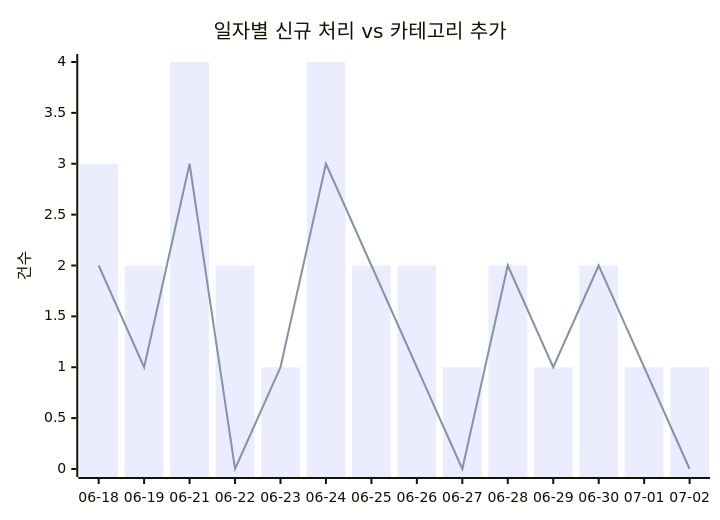
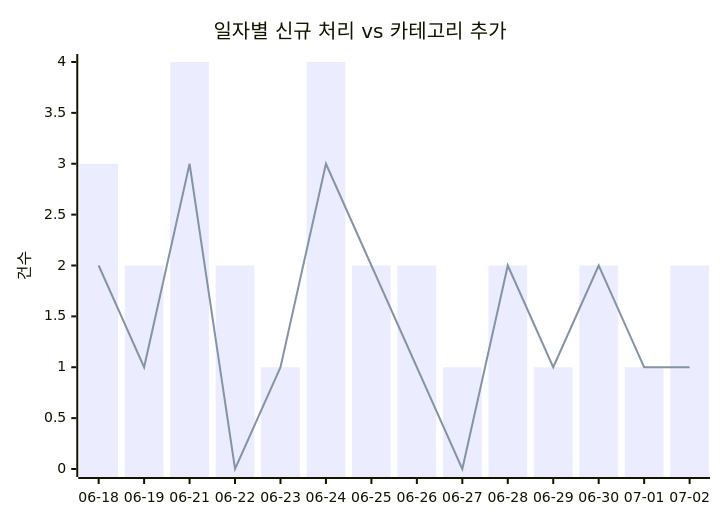
Before and after one commit to J-nowcow/awesome-korean-agent-skills: the first of 2 diagrams in docs/trends.md, drawn with Mermaid. The commit also changed other lines of this file and 3 other files, not shown here.

````diff
--- a/docs/trends.md
+++ b/docs/trends.md
@@ -32,8 +32,8 @@
 ```mermaid
 xychart-beta
     title "일자별 신규 처리 vs 카테고리 추가"
     x-axis ["06-18","06-19","06-21","06-22","06-23","06-24","06-25","06-26","06-27","06-28","06-29","06-30","07-01","07-02"]
     y-axis "건수"
-    bar [3,2,4,2,1,4,2,2,1,2,1,2,1,1]
-    line [2,1,3,0,1,3,2,1,0,2,1,2,1,0]
+    bar [3,2,4,2,1,4,2,2,1,2,1,2,1,2]
+    line [2,1,3,0,1,3,2,1,0,2,1,2,1,1]
 ```
````
